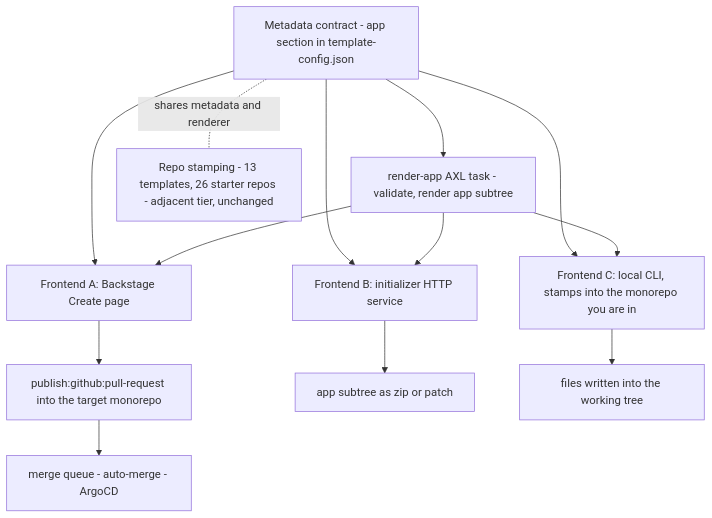
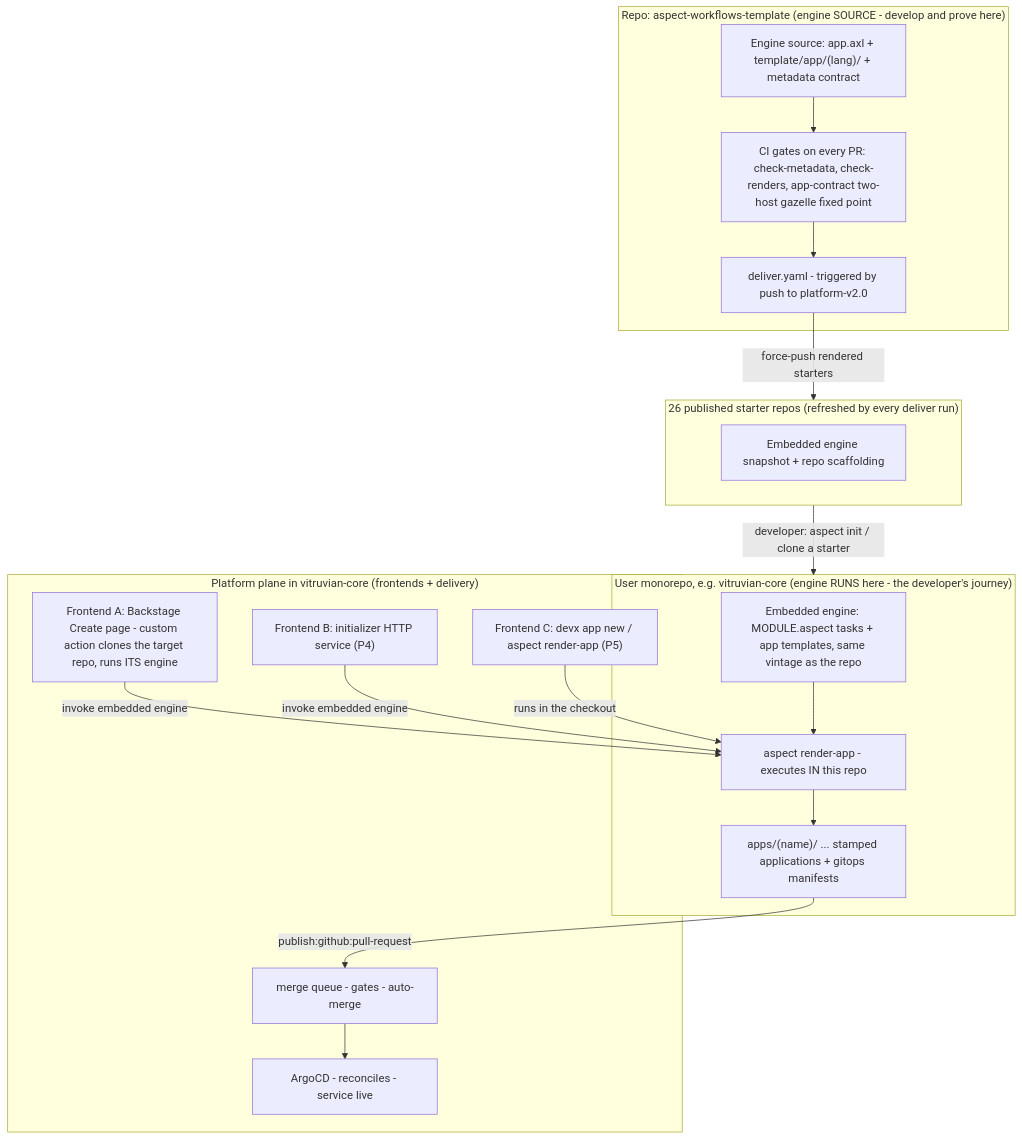
Before and after one commit to VitruvianSoftware/vitruvian-core: the first of 2 diagrams in docs/superpowers/specs/2026-08-18-universal-initializer-design.md, drawn with Mermaid. The commit also changed other lines of this file, not shown here.

Commit message:
docs: replace the architecture diagram with the three-plane model (ADR-026)
The old section-4 flowchart predated ADR-026 and drew the frontends consuming a
central render task -- exactly the model James redirected away from. Section 4
now shows the system as it is decided:

  4.1  topology: engine SOURCE (aspect-workflows-template, where changes are
       proven), the 26 delivered starters, the user monorepo where the engine
       RUNS as an embedded snapshot, and the platform plane (frontends, merge
       queue, ArgoCD)
  4.2  a what-gets-triggered-where table: PR gates, deliver on merge, stamping
       in the target repo, auto-merge to ArgoCD, and how a central engine fix
       does and does not propagate
  4.3  a sequence diagram of the P1 stamp-to-deploy journey, submit to
       service-live

Mermaid kept ASCII-only per the GitHub sequenceDiagram entity gotcha.

````diff
--- a/docs/superpowers/specs/2026-08-18-universal-initializer-design.md
+++ b/docs/superpowers/specs/2026-08-18-universal-initializer-design.md
@@ -105,19 +109,35 @@
 ```mermaid
-flowchart TD
-    MC["Metadata contract - app section in template-config.json"]
-    RA["render-app AXL task - validate, render app subtree"]
-    MC --> RA
-    MC --> A["Frontend A: Backstage Create page"]
-    MC --> B["Frontend B: initializer HTTP service"]
-    MC --> C["Frontend C: local CLI, stamps into the monorepo you are in"]
-    RA --> A
-    RA --> B
-    RA --> C
-    A --> PR["publish:github:pull-request into the target monorepo"]
-    B --> ZIP["app subtree as zip or patch"]
-    C --> FS["files written into the working tree"]
-    PR --> MQ["merge queue - auto-merge - ArgoCD"]
+flowchart TB
+    subgraph AWT["Repo: aspect-workflows-template  (engine SOURCE - develop and prove here)"]
+        ENG["Engine source: app.axl + template/app/(lang)/ + metadata contract"]
+        GATES["CI gates on every PR: check-metadata, check-renders, app-contract two-host gazelle fixed point"]
+        DELIVER["deliver.yaml - triggered by push to platform-v2.0"]
+        ENG --> GATES --> DELIVER
+    end
 
-    RS["Repo stamping - 13 templates, 26 starter repos - adjacent tier, unchanged"]
-    MC -.shares metadata and renderer.- RS
+    subgraph STARTERS["26 published starter repos  (refreshed by every deliver run)"]
+        SNAP1["Embedded engine snapshot + repo scaffolding"]
+    end
+
+    subgraph USER["User monorepo, e.g. vitruvian-core  (engine RUNS here - the developer's journey)"]
+        SNAP2["Embedded engine: MODULE.aspect tasks + app templates, same vintage as the repo"]
+        RAPP["aspect render-app - executes IN this repo"]
+        APPS["apps/(name)/ ... stamped applications + gitops manifests"]
+        SNAP2 --> RAPP --> APPS
+    end
+
+    subgraph PLATFORM["Platform plane in vitruvian-core  (frontends + delivery)"]
+        BS["Frontend A: Backstage Create page - custom action clones the target repo, runs ITS engine"]
+        SVC["Frontend B: initializer HTTP service (P4)"]
+        CLI["Frontend C: devx app new / aspect render-app (P5)"]
+        MQ["merge queue - gates - auto-merge"]
+        ARGO["ArgoCD - reconciles - service live"]
+    end
+
+    DELIVER -- "force-push rendered starters" --> STARTERS
+    STARTERS -- "developer: aspect init / clone a starter" --> USER
+    BS -- "invoke embedded engine" --> RAPP
+    SVC -- "invoke embedded engine" --> RAPP
+    CLI -- "runs in the checkout" --> RAPP
+    APPS -- "publish:github:pull-request" --> MQ --> ARGO
 ```
````
